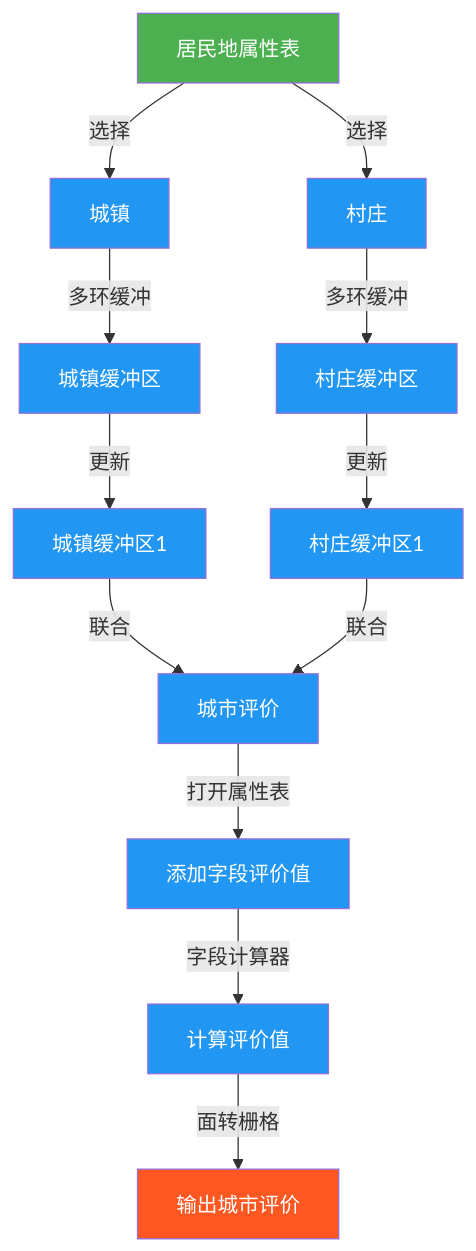
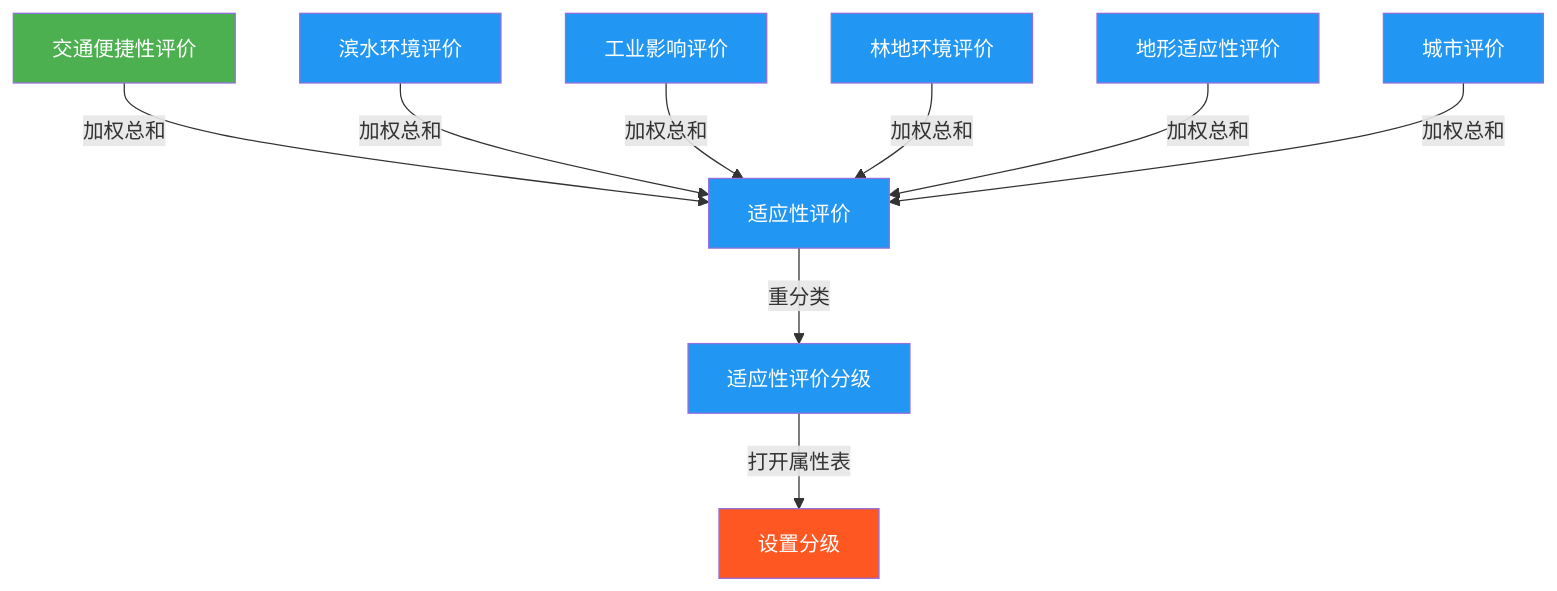
Before and after one commit to newguser/iodraw-files: the diagram in all/未命名.md, drawn with Mermaid.

Commit message:
2025-02-27 16:18:21 update

````diff
--- a/all/未命名.md
+++ b/all/未命名.md
@@ -1,19 +1,16 @@
 ```mermaid
 graph TD
-    A[居民地属性表] -->|选择| B[城镇]
-    B -->|多环缓冲| C[城镇缓冲区]
-    C -->|更新| D[城镇缓冲区1]
-    A -->|选择| E[村庄]
-    E -->|多环缓冲| F[村庄缓冲区]
-    F -->|更新| G[村庄缓冲区1]
-    D -->|联合| H[城市评价]
-    G -->|联合| H
-    H -->|打开属性表| I[添加字段评价值]
-    I -->|字段计算器| J[计算评价值]
-    J -->|面转栅格| K[输出城市评价]
+    A[交通便捷性评价] -->|加权总和| B[适应性评价]
+    C[滨水环境评价] -->|加权总和| B
+    D[工业影响评价] -->|加权总和| B
+    E[林地环境评价] -->|加权总和| B
+    F[地形适应性评价] -->|加权总和| B
+    G[城市评价] -->|加权总和| B
+    B -->|重分类| H[适应性评价分级]
+    H -->|打开属性表| I[设置分级]
 
     style A fill:#4CAF50,color:white
-    style K fill:#FF5722,color:white
+    style I fill:#FF5722,color:white
     classDef process fill:#2196F3,color:white;
-    class B,C,D,E,F,G,H,I,J process
+    class B,C,D,E,F,G,H process
 ```
````
